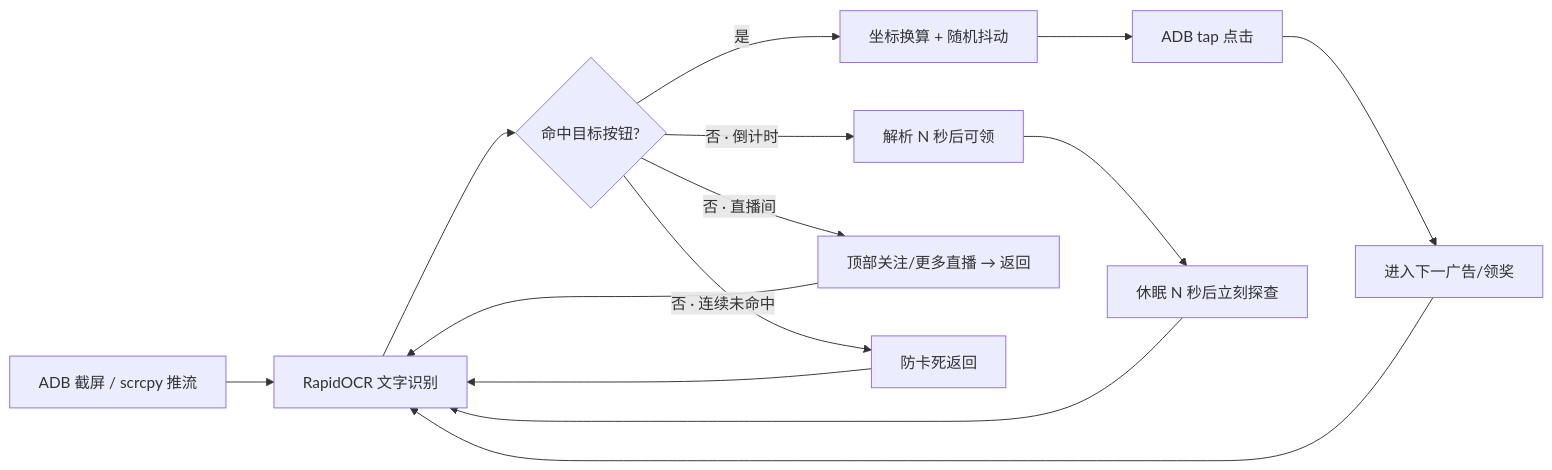
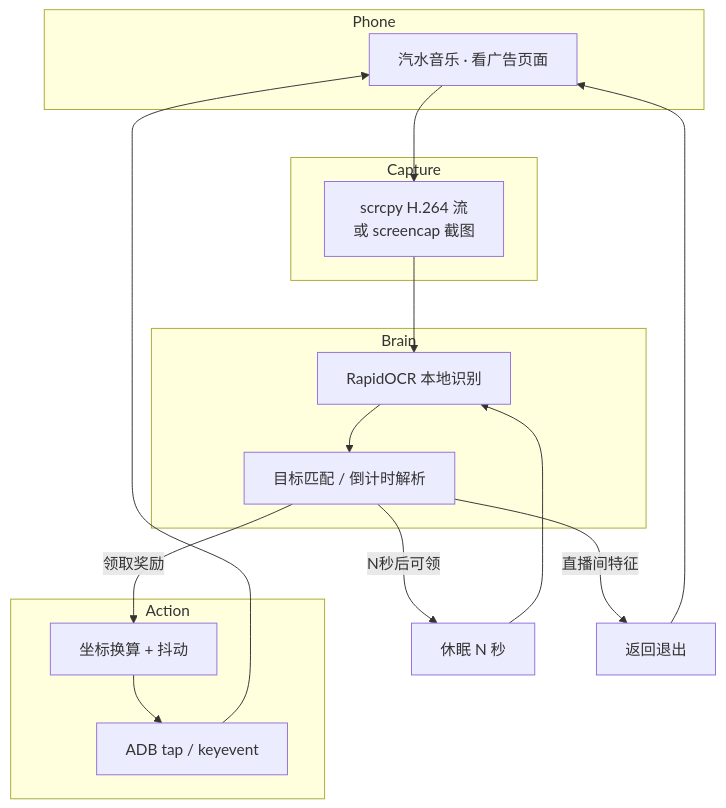
One commit to 52mfan/qishui-ad-auto changed the diagram in README.md. Above: the diagram before and after it, drawn with Mermaid. The commit also changed other lines of this file, not shown here.

Commit message:
docs: README 视觉升级（徽章/特性卡片/架构图/FAQ）

````diff
--- a/README.md
+++ b/README.md
@@ -105,16 +76,21 @@
 ```mermaid
-flowchart LR
-    A[ADB 截屏 / scrcpy 推流] --> B[RapidOCR 文字识别]
-    B --> C{命中目标按钮?}
-    C -->|是| D[坐标换算 + 随机抖动]
-    D --> E[ADB tap 点击]
-    E --> F[进入下一广告/领奖]
-    C -->|否 · 倒计时| G[解析 N 秒后可领]
-    G --> H[休眠 N 秒后立刻探查]
-    C -->|否 · 直播间| I[顶部关注/更多直播 → 返回]
-    C -->|否 · 连续未命中| J[防卡死返回]
-    F --> B
-    H --> B
-    I --> B
-    J --> B
+flowchart TB
+    subgraph Phone
+        P[汽水音乐 · 看广告页面]
+    end
+    subgraph Capture
+        S[scrcpy H.264 流<br/>或 screencap 截图]
+    end
+    subgraph Brain
+        O[RapidOCR 本地识别]
+        R[目标匹配 / 倒计时解析]
+    end
+    subgraph Action
+        T[坐标换算 + 抖动]
+        C[ADB tap / keyevent]
+    end
+    P --> S --> O --> R
+    R -->|领取奖励| T --> C --> P
+    R -->|N秒后可领| W[休眠 N 秒] --> O
+    R -->|直播间特征| B[返回退出] --> P
 ```
````
